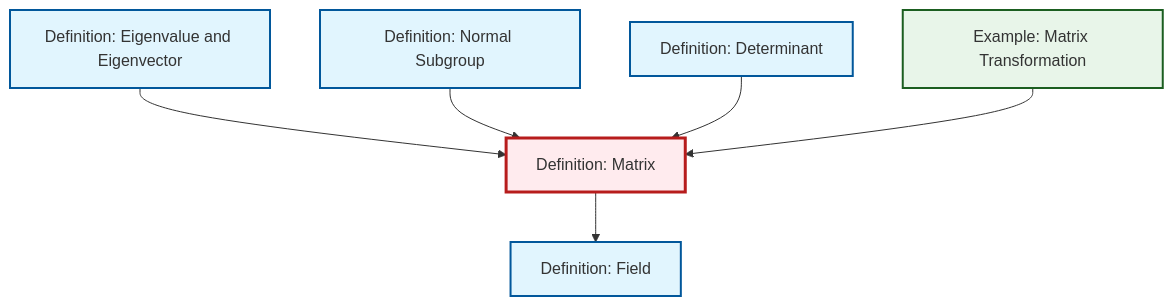
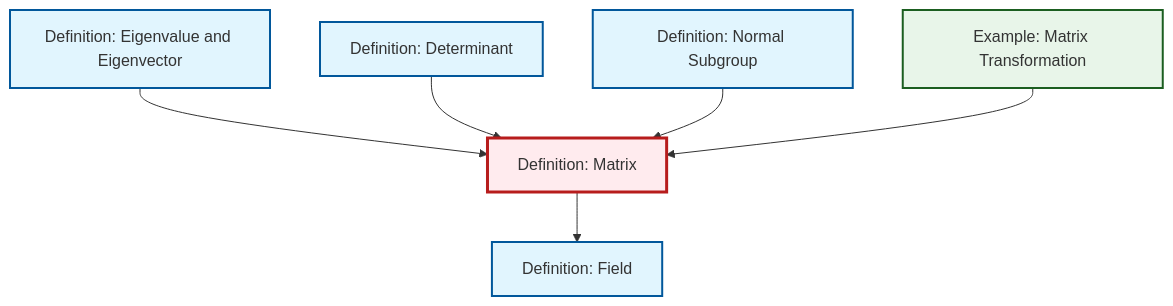
One commit to RK0429/ModernMath changed the diagram in content/ja/algebra/def-matrix.qmd. Above: the diagram before and after it, drawn with Mermaid. The commit also changed other lines of this file and 597 other files, not shown here.

````diff
--- a/content/ja/algebra/def-matrix.qmd
+++ b/content/ja/algebra/def-matrix.qmd
@@ -60,26 +60,26 @@
 ```{mermaid}
 %%| fig-cap: "Local dependency graph"
 graph TD
     classDef definition fill:#e1f5fe,stroke:#01579b,stroke-width:2px
     classDef theorem fill:#f3e5f5,stroke:#4a148c,stroke-width:2px
     classDef axiom fill:#fff3e0,stroke:#e65100,stroke-width:2px
     classDef example fill:#e8f5e9,stroke:#1b5e20,stroke-width:2px
     classDef current fill:#ffebee,stroke:#b71c1c,stroke-width:3px
+    ex-matrix-transformation["Example: Matrix Transformation"]:::example
+    def-field["Definition: Field"]:::definition
+    def-determinant["Definition: Determinant"]:::definition
     def-matrix["Definition: Matrix"]:::definition
-    ex-matrix-transformation["Example: Matrix Transformation"]:::example
-    def-determinant["Definition: Determinant"]:::definition
+    def-normal-subgroup["Definition: Normal Subgroup"]:::definition
     def-eigenvalue-eigenvector["Definition: Eigenvalue and Eigenvector"]:::definition
-    def-normal-subgroup["Definition: Normal Subgroup"]:::definition
-    def-field["Definition: Field"]:::definition
     def-eigenvalue-eigenvector --> def-matrix
-    def-normal-subgroup --> def-matrix
     def-matrix --> def-field
     def-determinant --> def-matrix
+    def-normal-subgroup --> def-matrix
     ex-matrix-transformation --> def-matrix
     class def-matrix current
     click ex-matrix-transformation "ex-matrix-transformation.html" "Example: Matrix Transformationへ"
+    click def-field "def-field.html" "Definition: Fieldへ"
     click def-determinant "def-determinant.html" "Definition: Determinantへ"
+    click def-normal-subgroup "def-normal-subgroup.html" "Definition: Normal Subgroupへ"
     click def-eigenvalue-eigenvector "def-eigenvalue-eigenvector.html" "Definition: Eigenvalue and Eigenvectorへ"
-    click def-normal-subgroup "def-normal-subgroup.html" "Definition: Normal Subgroupへ"
-    click def-field "def-field.html" "Definition: Fieldへ"
 ```
````
